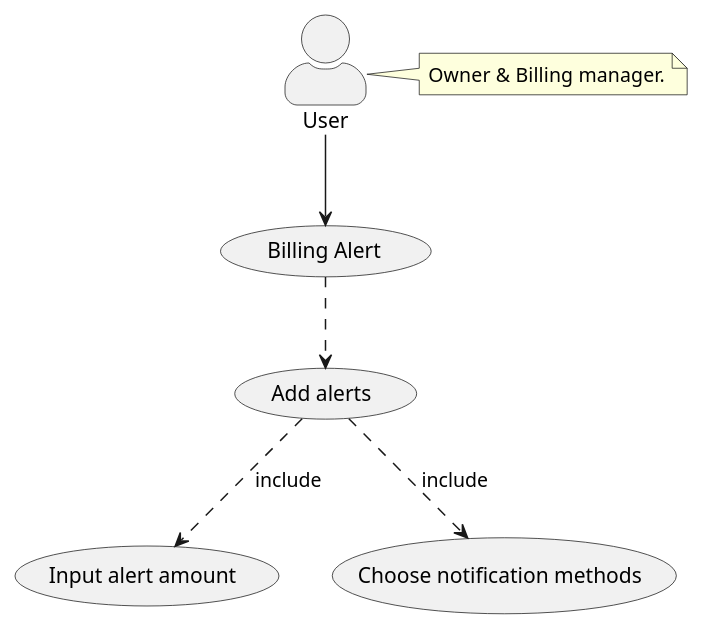
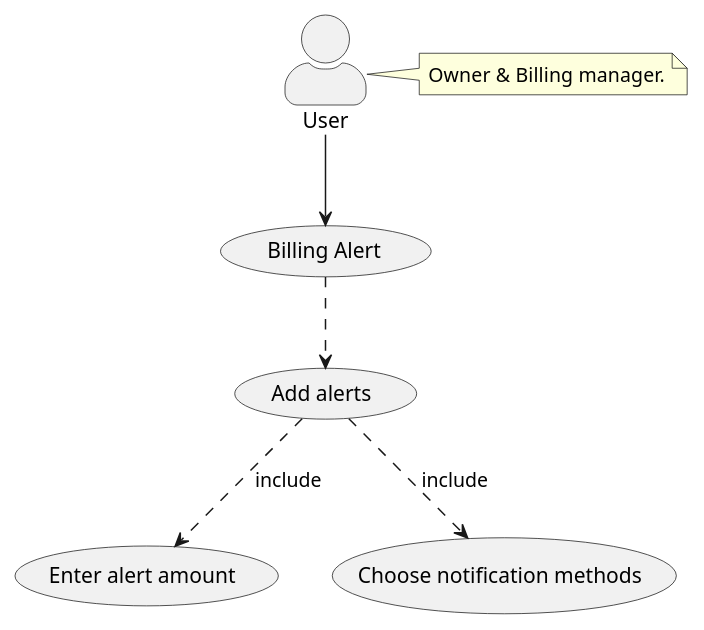
The diagram in docs/use-case-diagrams/billing-notification.usecase.puml (felixnguyen678/f0-capstone-project-backend), drawn with PlantUML before and after one commit.

Commit message:
FCP-12 | fix usecase name

```diff
--- a/docs/use-case-diagrams/billing-notification.usecase.puml
+++ b/docs/use-case-diagrams/billing-notification.usecase.puml
@@ -1,18 +1,18 @@
 @startuml
 
 skinparam actorStyle awesome
 "User" as User
 ( Billing Alert) as BillingAlert
-(Input alert amount) as InputAlertAmount
+(Enter alert amount) as EnterAlertAmount
 (Choose notification methods) as ChooseNotificationMethods
 (Add alerts) as AddAlerts
 
 User --> BillingAlert
 (BillingAlert) ..> AddAlerts 
-(AddAlerts) ..> InputAlertAmount : include
+(AddAlerts) ..> EnterAlertAmount : include
 (AddAlerts) ..> ChooseNotificationMethods : include
 note right of User:   Owner & Billing manager.
 
 
 
 @enduml
```
